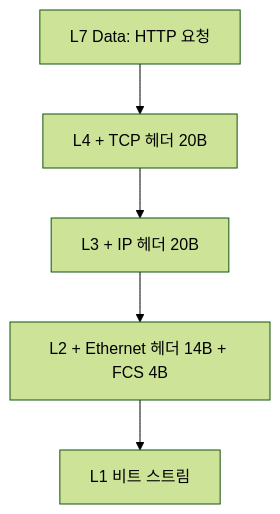
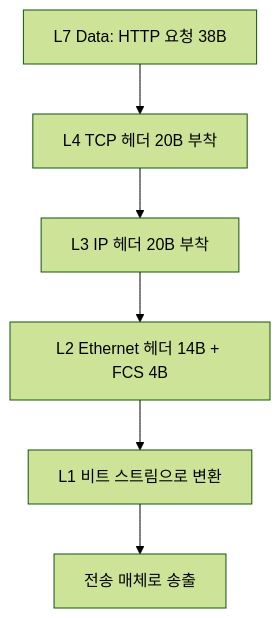
The diagram in Develop/Network/7 Layer/OSI_7_Layer_Model.md (GYUTORY/YGSTUDY), drawn with Mermaid (forest theme) before and after one commit. The commit also changed other lines of this file and 14 other files, not shown here.

````diff
--- a/Develop/Network/7 Layer/OSI_7_Layer_Model.md
+++ b/Develop/Network/7 Layer/OSI_7_Layer_Model.md
@@ -99,7 +129,8 @@
 ```mermaid
 graph TD
-    A[L7 Data: HTTP 요청] --> B[L4 + TCP 헤더 20B]
-    B --> C[L3 + IP 헤더 20B]
-    C --> D[L2 + Ethernet 헤더 14B + FCS 4B]
-    D --> E[L1 비트 스트림]
+    A[L7 Data: HTTP 요청 38B] --> B[L4 TCP 헤더 20B 부착]
+    B --> C[L3 IP 헤더 20B 부착]
+    C --> D[L2 Ethernet 헤더 14B + FCS 4B]
+    D --> E[L1 비트 스트림으로 변환]
+    E --> F[전송 매체로 송출]
 ```
````
